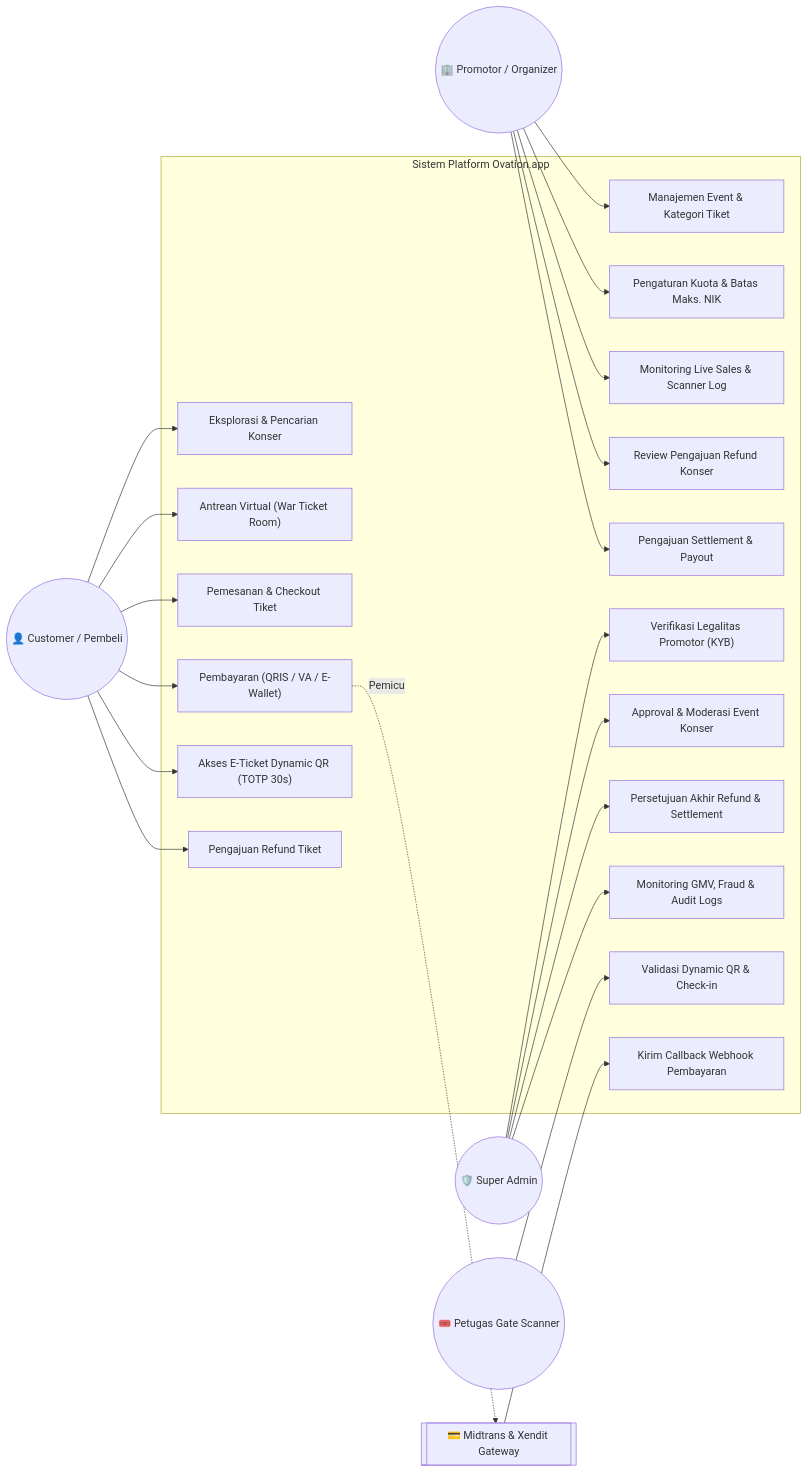
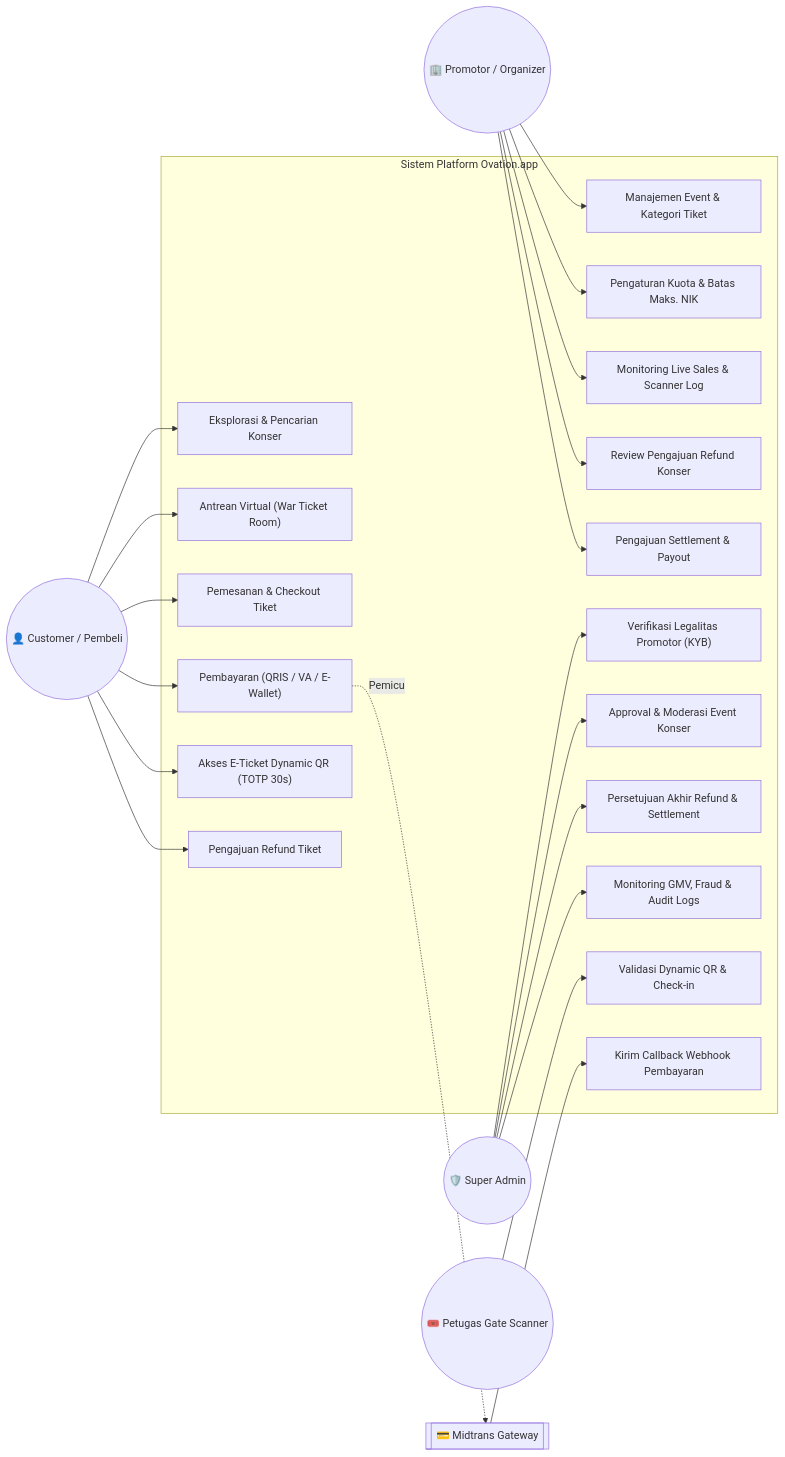
Before and after one commit to Algy2009/Ovation.app: the second of 9 diagrams in RANCANGAN_SISTEM_UML_DAN_ERD.md, drawn with Mermaid. The commit also changed other lines of this file and 59 other files, not shown here.

Commit message:
feat: consolidate payment gateway to Midtrans, complete mobile scanner, and enhance enterprise ticketing features

````diff
--- a/RANCANGAN_SISTEM_UML_DAN_ERD.md
+++ b/RANCANGAN_SISTEM_UML_DAN_ERD.md
@@ -119,53 +117,53 @@
 ```mermaid
 flowchart LR
     Customer(("👤 Customer / Pembeli"))
     Organizer(("🏢 Promotor / Organizer"))
     SuperAdmin(("🛡️ Super Admin"))
     GateStaff(("🎟️ Petugas Gate Scanner"))
-    PaymentGW[["💳 Midtrans & Xendit Gateway"]]
+    PaymentGW[["💳 Midtrans Gateway"]]
 
     subgraph OvationSystem["Sistem Platform Ovation.app"]
         UC1["Eksplorasi & Pencarian Konser"]
         UC2["Antrean Virtual (War Ticket Room)"]
         UC3["Pemesanan & Checkout Tiket"]
         UC4["Pembayaran (QRIS / VA / E-Wallet)"]
         UC5["Akses E-Ticket Dynamic QR (TOTP 30s)"]
         UC6["Pengajuan Refund Tiket"]
 
         UC7["Manajemen Event & Kategori Tiket"]
         UC8["Pengaturan Kuota & Batas Maks. NIK"]
         UC9["Monitoring Live Sales & Scanner Log"]
         UC10["Review Pengajuan Refund Konser"]
         UC11["Pengajuan Settlement & Payout"]
 
         UC12["Verifikasi Legalitas Promotor (KYB)"]
         UC13["Approval & Moderasi Event Konser"]
         UC14["Persetujuan Akhir Refund & Settlement"]
         UC15["Monitoring GMV, Fraud & Audit Logs"]
 
         UC16["Validasi Dynamic QR & Check-in"]
         UC17["Kirim Callback Webhook Pembayaran"]
     end
 
     Customer --> UC1
     Customer --> UC2
     Customer --> UC3
     Customer --> UC4
     Customer --> UC5
     Customer --> UC6
 
     Organizer --> UC7
     Organizer --> UC8
     Organizer --> UC9
     Organizer --> UC10
     Organizer --> UC11
 
     SuperAdmin --> UC12
     SuperAdmin --> UC13
     SuperAdmin --> UC14
     SuperAdmin --> UC15
 
     GateStaff --> UC16
     PaymentGW --> UC17
     UC4 -. Pemicu .-> PaymentGW
 ```
````
